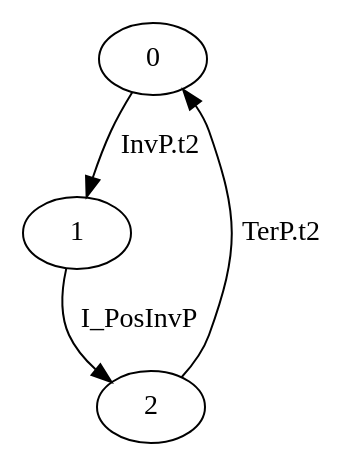
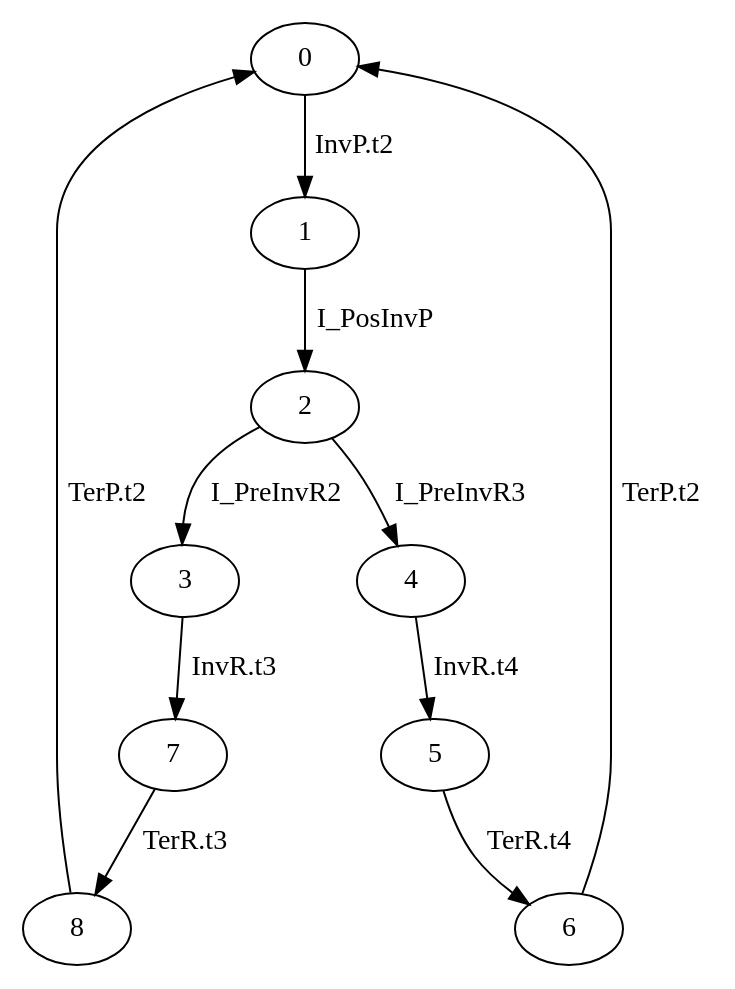
Before and after one commit to nsrosa70/midarch-go-v13: the diagram in src/cspspecs/QueueServer/ENGINE.dot, drawn with Graphviz. The commit also changed 39 other files, not shown here.

```diff
--- a/src/cspspecs/QueueServer/ENGINE.dot
+++ b/src/cspspecs/QueueServer/ENGINE.dot
@@ -1,5 +1,12 @@
 digraph G {
   0 -> 1 [ label="InvP.t2" ];
   1 -> 2 [ label="I_PosInvP" ];
-  2 -> 0 [ label="TerP.t2" ];
+  2 -> 3 [ label="I_PreInvR2" ];
+  2 -> 4 [ label="I_PreInvR3" ];
+  3 -> 7 [ label="InvR.t3" ];
+  4 -> 5 [ label="InvR.t4" ];
+  5 -> 6 [ label="TerR.t4" ];
+  6 -> 0 [ label="TerP.t2" ];
+  7 -> 8 [ label="TerR.t3" ];
+  8 -> 0 [ label="TerP.t2" ];
 }
```
